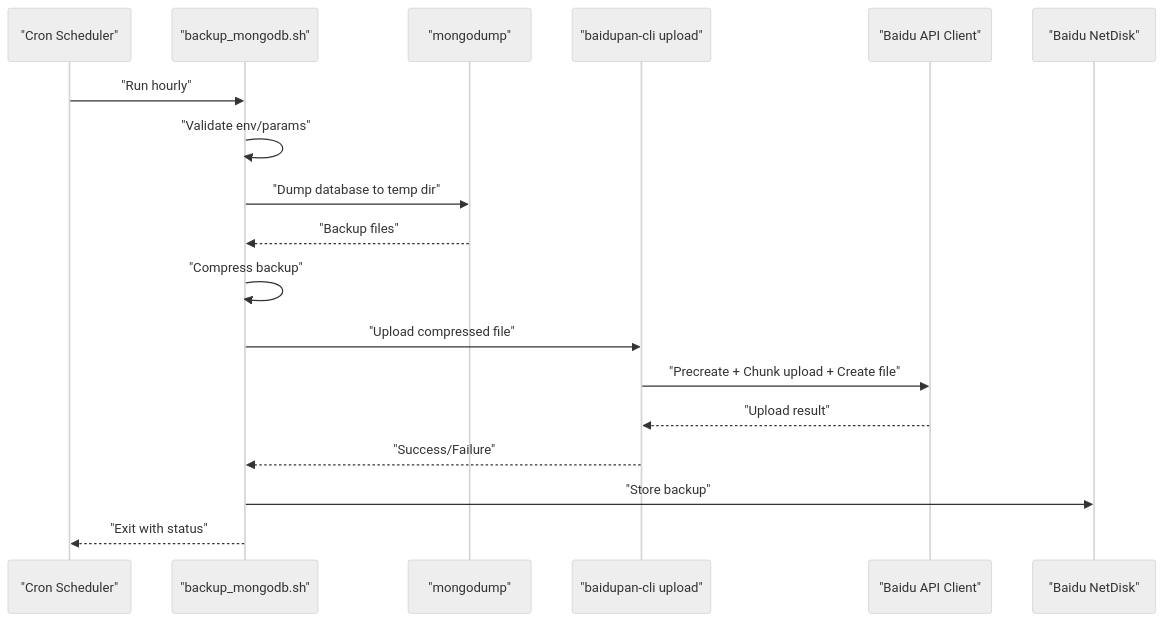
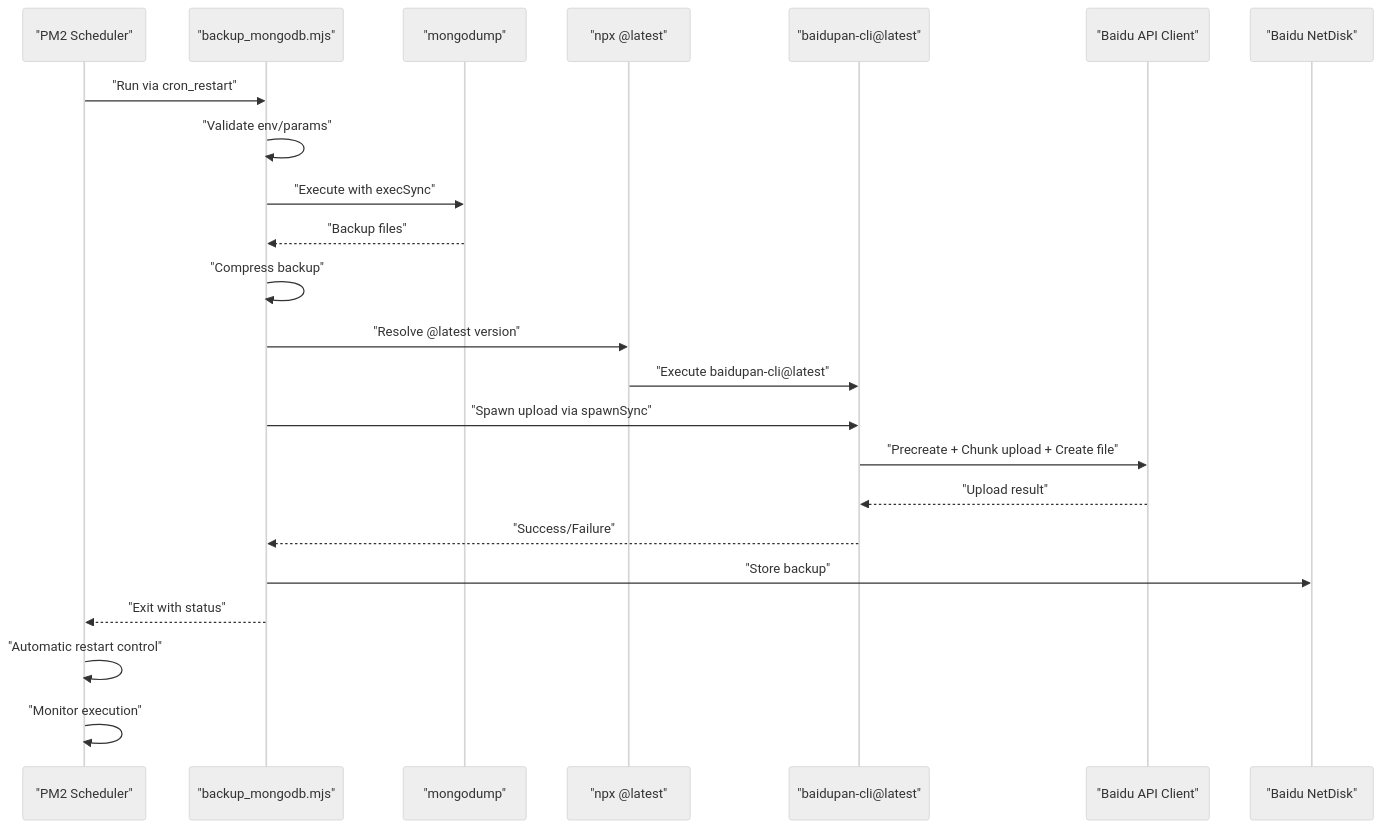
Before and after one commit to yuexiaoliang/baiduwangpan-manager: the second of 6 diagrams in .qoder/repowiki/en/content/Advanced Usage & Automation.md, drawn with Mermaid (neutral theme). The commit also changed other lines of this file and 30 other files, not shown here.

````diff
--- a/.qoder/repowiki/en/content/Advanced Usage & Automation.md
+++ b/.qoder/repowiki/en/content/Advanced Usage & Automation.md
@@ -124,20 +158,25 @@
 ```mermaid
 sequenceDiagram
-participant Cron as "Cron Scheduler"
-participant Script as "backup_mongodb.sh"
+participant PM2 as "PM2 Scheduler"
+participant Script as "backup_mongodb.mjs"
 participant Mongo as "mongodump"
-participant CLI as "baidupan-cli upload"
+participant Npx as "npx @latest"
+participant CLI as "baidupan-cli@latest"
 participant API as "Baidu API Client"
 participant NetDisk as "Baidu NetDisk"
-Cron->>Script : "Run hourly"
+PM2->>Script : "Run via cron_restart"
 Script->>Script : "Validate env/params"
-Script->>Mongo : "Dump database to temp dir"
+Script->>Mongo : "Execute with execSync"
 Mongo-->>Script : "Backup files"
 Script->>Script : "Compress backup"
-Script->>CLI : "Upload compressed file"
+Script->>Npx : "Resolve @latest version"
+Npx->>CLI : "Execute baidupan-cli@latest"
+Script->>CLI : "Spawn upload via spawnSync"
 CLI->>API : "Precreate + Chunk upload + Create file"
 API-->>CLI : "Upload result"
 CLI-->>Script : "Success/Failure"
 Script->>NetDisk : "Store backup"
-Script-->>Cron : "Exit with status"
+Script-->>PM2 : "Exit with status"
+PM2->>PM2 : "Automatic restart control"
+PM2->>PM2 : "Monitor execution"
 ```
````
